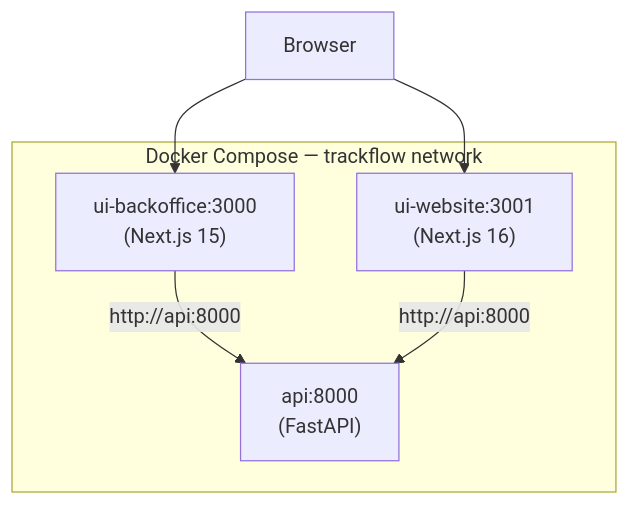
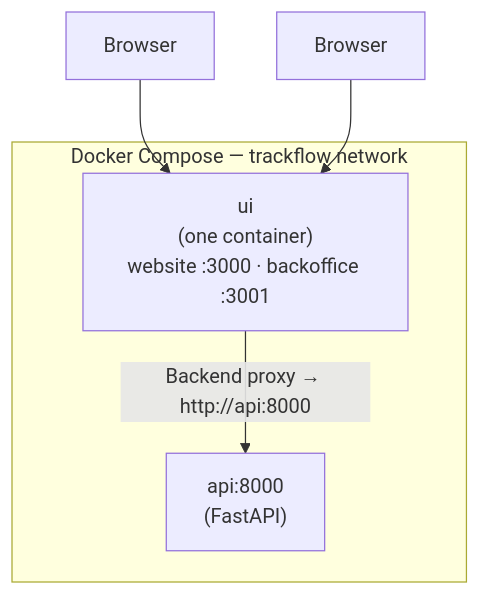
The diagram in README.md (michaelderiss/ai-engineering-company-project-monorepo-trackflow), drawn with Mermaid before and after one commit. The commit also changed other lines of this file and 15 other files, not shown here.

First line of the commit message:
INFRA-40: single UI container, uv backend, service-name proxy

````diff
--- a/README.md
+++ b/README.md
@@ -137,13 +141,11 @@
 ```mermaid
 graph TD
     subgraph "Docker Compose — trackflow network"
         API["api:8000<br/>(FastAPI)"]
-        BO["ui-backoffice:3000<br/>(Next.js 15)"]
-        WS["ui-website:3001<br/>(Next.js 16)"]
+        UI["ui<br/>(one container)<br/>website :3000 · backoffice :3001"]
     end
 
-    BO -->|"http://api:8000"| API
-    WS -->|"http://api:8000"| API
-    BROWSER["Browser"] --> BO
-    BROWSER --> WS
+    UI -->|"Backend proxy → http://api:8000"| API
+    BROWSER["Browser"] --> UI
+    BROWSER2["Browser"] --> UI
 ```
````
